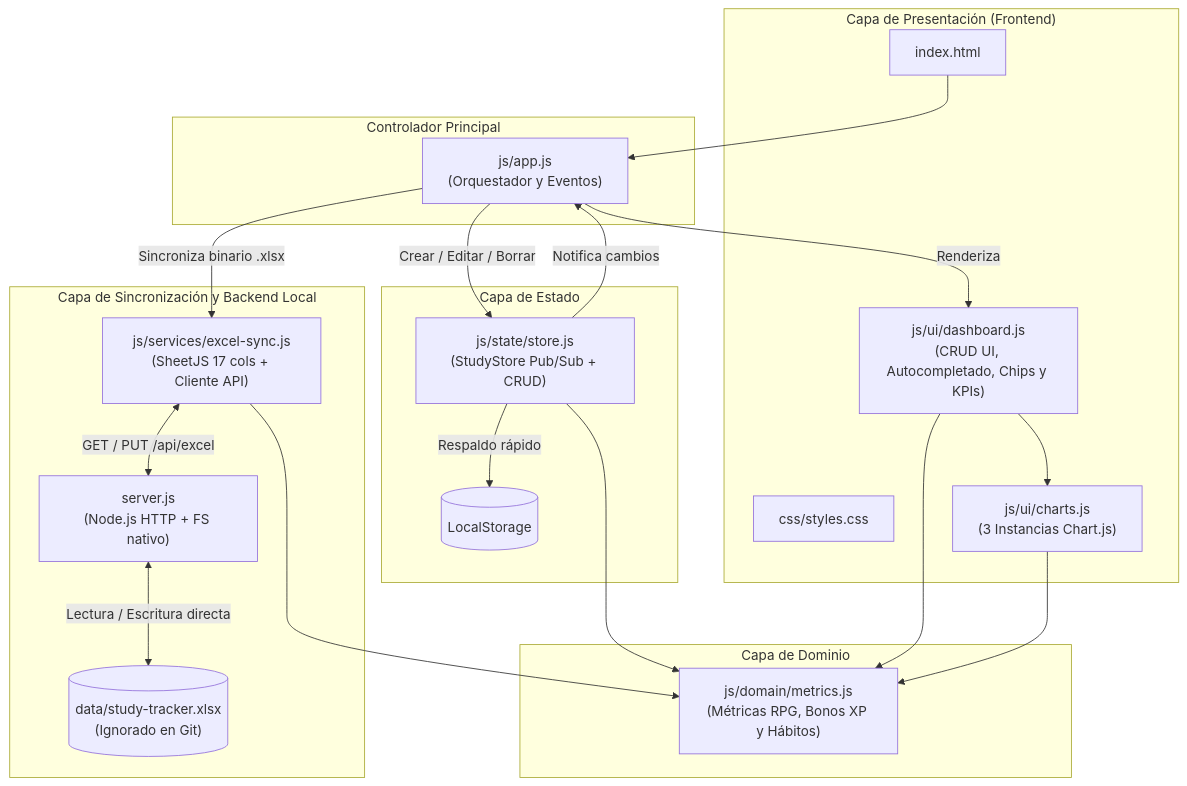
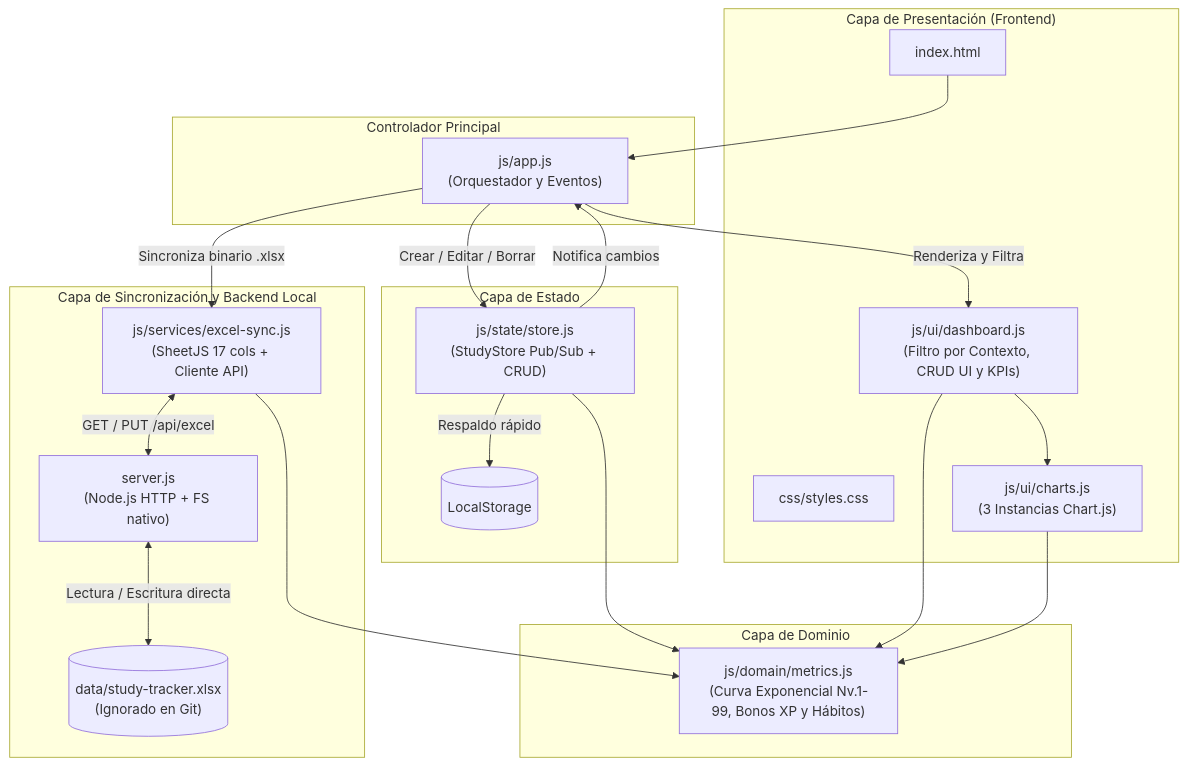
Before and after one commit to carloamezcua/study-tracker: the diagram in README.md, drawn with Mermaid. The commit also changed other lines of this file, not shown here.

Commit message:
docs(readme): documenta taxonomia 4x4, curva de nivel exponencial, bonus parcial y filtro de contexto

````diff
--- a/README.md
+++ b/README.md
@@ -27,42 +37,42 @@
 ```mermaid
 flowchart TD
     subgraph UI["Capa de Presentación (Frontend)"]
         HTML["index.html"]
         CSS["css/styles.css"]
-        DASH["js/ui/dashboard.js\n(CRUD UI, Autocompletado, Chips y KPIs)"]
+        DASH["js/ui/dashboard.js\n(Filtro por Contexto, CRUD UI y KPIs)"]
         CHARTS["js/ui/charts.js\n(3 Instancias Chart.js)"]
     end
 
     subgraph Controller["Controlador Principal"]
         APP["js/app.js\n(Orquestador y Eventos)"]
     end
 
     subgraph State["Capa de Estado"]
         STORE["js/state/store.js\n(StudyStore Pub/Sub + CRUD)"]
         LS[("LocalStorage")]
     end
 
     subgraph Domain["Capa de Dominio"]
-        METRICS["js/domain/metrics.js\n(Métricas RPG, Bonos XP y Hábitos)"]
+        METRICS["js/domain/metrics.js\n(Curva Exponencial Nv.1-99, Bonos XP y Hábitos)"]
     end
 
     subgraph Sync["Capa de Sincronización y Backend Local"]
         SYNC["js/services/excel-sync.js\n(SheetJS 17 cols + Cliente API)"]
         SERVER["server.js\n(Node.js HTTP + FS nativo)"]
         XLSX[("data/study-tracker.xlsx\n(Ignorado en Git)")]
     end
 
     HTML --> APP
     APP -->|Crear / Editar / Borrar| STORE
     STORE -->|Respaldo rápido| LS
     STORE -->|Notifica cambios| APP
-    APP -->|Renderiza| DASH
+    APP -->|Renderiza y Filtra| DASH
     DASH --> CHARTS
     APP -->|Sincroniza binario .xlsx| SYNC
     SYNC <-->|GET / PUT /api/excel| SERVER
     SERVER <-->|Lectura / Escritura directa| XLSX
     STORE --> METRICS
     DASH --> METRICS
     CHARTS --> METRICS
     SYNC --> METRICS
 ```
````
